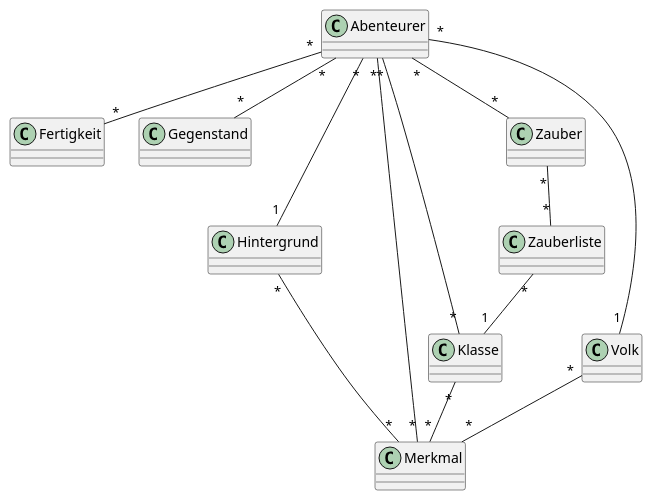
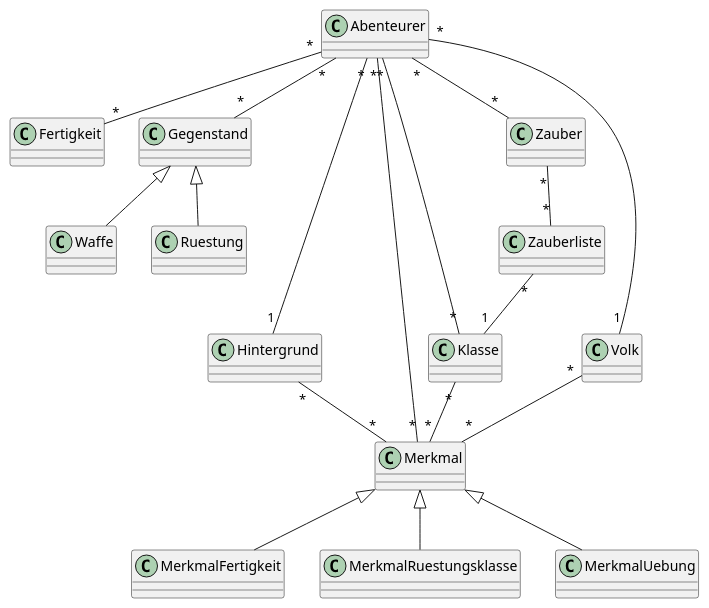
Before and after one commit to greifentor/carp-cm-5e: the diagram in docs/architecture/domain-diagram-level-0.plantuml, drawn with PlantUML. The commit also changed 1 other file, not shown here.

```diff
--- a/docs/architecture/domain-diagram-level-0.plantuml
+++ b/docs/architecture/domain-diagram-level-0.plantuml
@@ -1,31 +1,38 @@
 @startuml
 
 class Abenteurer
 class Fertigkeit
 class Gegenstand
 class Hintergrund
 class Klasse
 class Merkmal
 class Volk
 class Zauber
 class Zauberliste
 
 Abenteurer "*" -- "1" Hintergrund
 Abenteurer "*" -- "*" Fertigkeit
 Abenteurer "*" -- "*" Gegenstand
 Abenteurer "*" -- "*" Klasse
 Abenteurer "*" -- "*" Merkmal
 Abenteurer "*" -- "1" Volk
 Abenteurer "*" -- "*" Zauber
 
-Zauberliste "*" -- "1" Klasse
+Gegenstand <|-- Ruestung
+Gegenstand <|-- Waffe
 
 Hintergrund "*" -- "*" Merkmal
 
 Klasse "*" -- "*" Merkmal
 
+Merkmal <|-- MerkmalFertigkeit
+Merkmal <|-- MerkmalRuestungsklasse
+Merkmal <|-- MerkmalUebung
+
 Volk "*" -- "*" Merkmal
 
 Zauber "*" -- "*" Zauberliste
 
+Zauberliste "*" -- "1" Klasse
+
 @enduml
```
